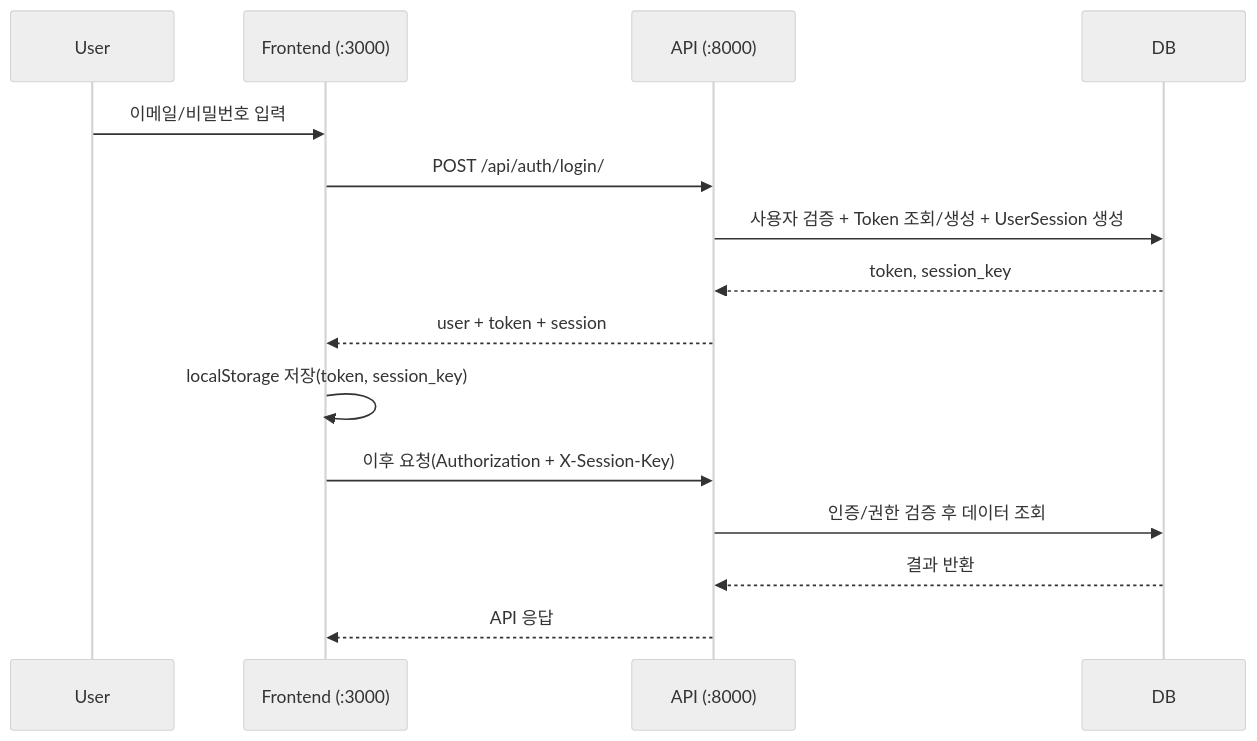
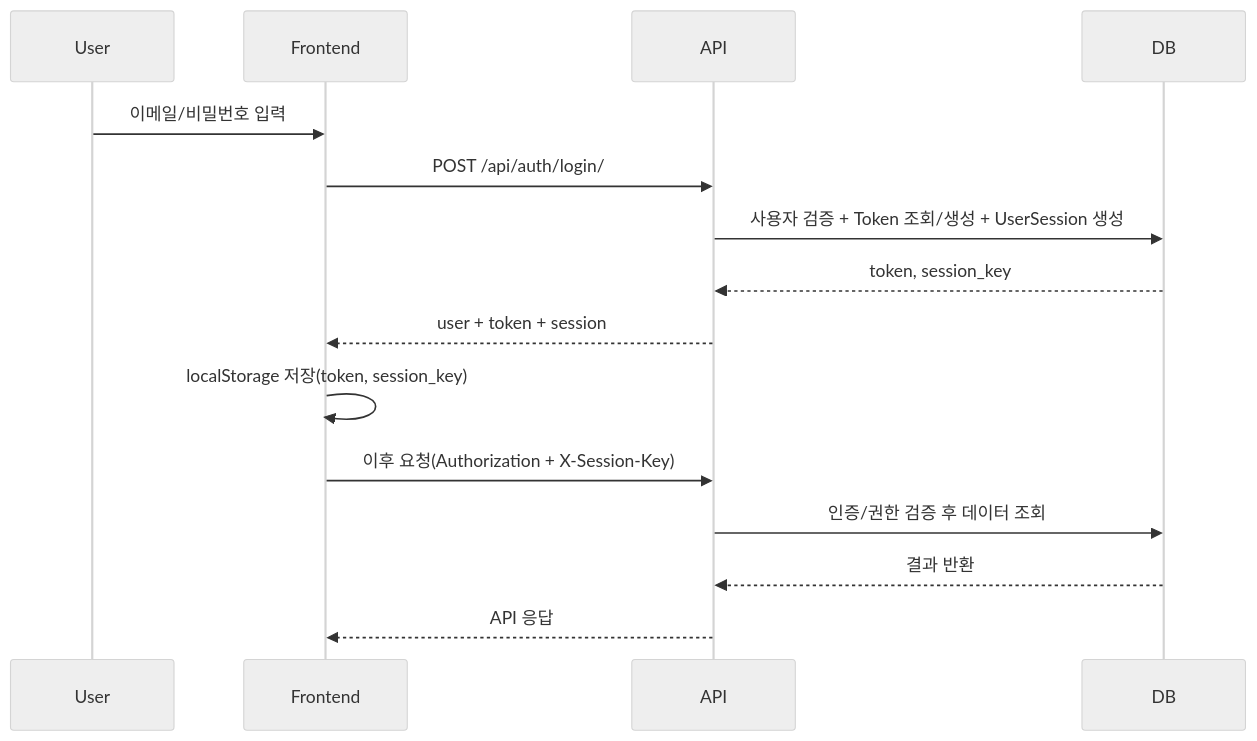
One commit to lshlabs/PromptHub changed the third of 4 diagrams in README.md. Above: the diagram before and after it, drawn with Mermaid (neutral theme). The commit also changed other lines of this file, not shown here.

````diff
--- a/README.md
+++ b/README.md
@@ -72,18 +94,18 @@
 ```mermaid
 sequenceDiagram
   participant U as User
-  participant F as Frontend (:3000)
-  participant A as API (:8000)
+  participant F as Frontend
+  participant A as API
   participant DB as DB
 
   U->>F: 이메일/비밀번호 입력
   F->>A: POST /api/auth/login/
   A->>DB: 사용자 검증 + Token 조회/생성 + UserSession 생성
   DB-->>A: token, session_key
   A-->>F: user + token + session
   F->>F: localStorage 저장(token, session_key)
   F->>A: 이후 요청(Authorization + X-Session-Key)
   A->>DB: 인증/권한 검증 후 데이터 조회
   DB-->>A: 결과 반환
   A-->>F: API 응답
 ```
````
